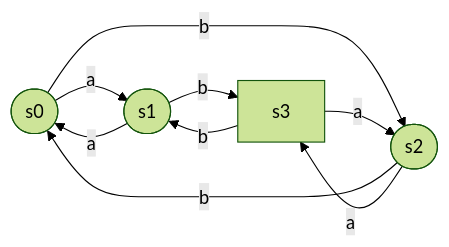
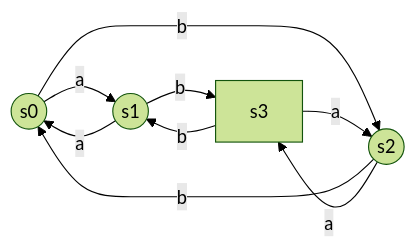
Before and after one commit to erennere/erennere.github.io: the second of 5 diagrams in _posts/2020-04-28-编译原理（二）.md, drawn with Mermaid (forest theme). The commit also changed other lines of this file and 615 other files, not shown here.

````diff
--- a/_posts/2020-04-28-编译原理（二）.md
+++ b/_posts/2020-04-28-编译原理（二）.md
@@ -33,14 +32,14 @@
 ```mermaid
-flowchart LR
+graph LR
 s0--a-->s1
 s0--b-->s2
 s1--a-->s0
 s1--b-->s3
 s2--b-->s0
 s2--a-->s3
 s3--b-->s1
 s3--a-->s2
-s0([s0])
-s1([s1])
-s2([s2])
+s0((s0))
+s1((s1))
+s2((s2))
 ```
````
